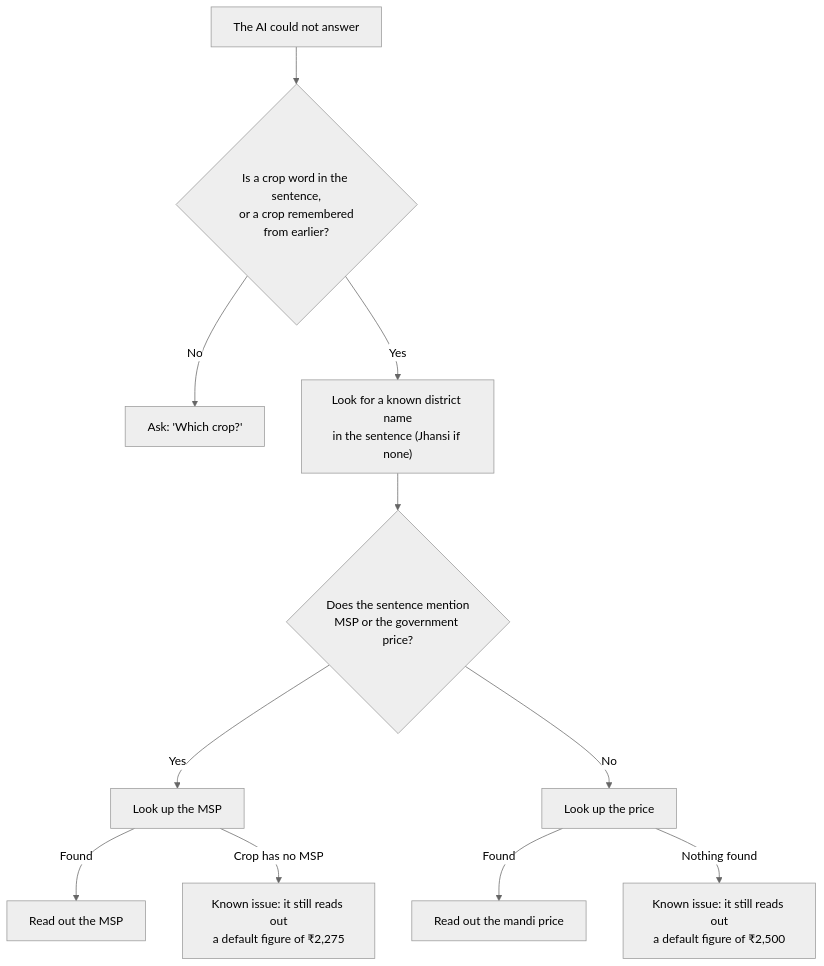
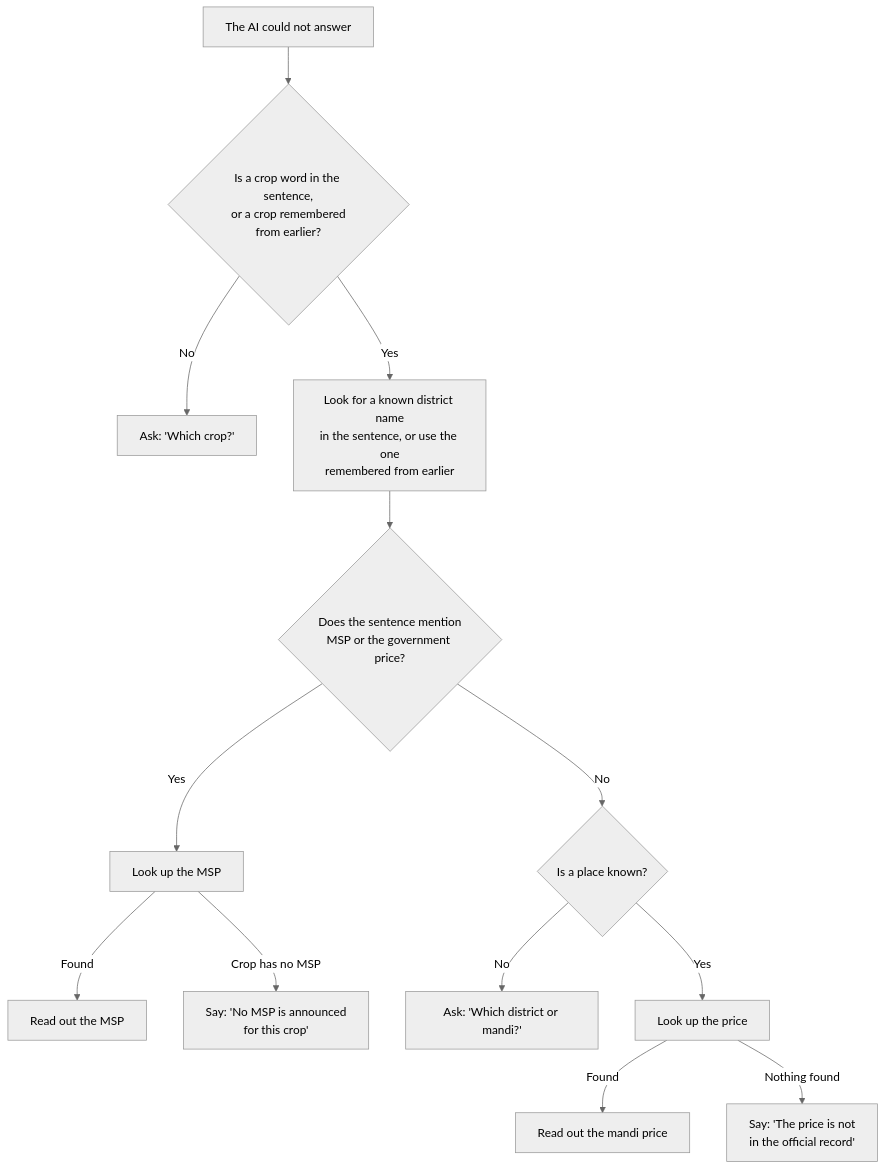
Before and after one commit to adi9336/Agri_Watch: diagram 12 of 15 in README.md, drawn with Mermaid (neutral theme). The commit also changed other lines of this file and 3 other files, not shown here.

````diff
--- a/README.md
+++ b/README.md
@@ -581,13 +581,15 @@
 ```mermaid
 flowchart TD
     A["The AI could not answer"] --> B{"Is a crop word in the sentence,<br/>or a crop remembered<br/>from earlier?"}
     B -- No --> B1["Ask: 'Which crop?'"]
-    B -- Yes --> C["Look for a known district name<br/>in the sentence (Jhansi if none)"]
+    B -- Yes --> C["Look for a known district name<br/>in the sentence, or use the one<br/>remembered from earlier"]
     C --> D{"Does the sentence mention<br/>MSP or the government price?"}
     D -- Yes --> D1["Look up the MSP"]
     D1 -- "Found" --> D3["Read out the MSP"]
-    D1 -- "Crop has no MSP" --> D2["Known issue: it still reads out<br/>a default figure of ₹2,275"]
-    D -- No --> E["Look up the price"]
+    D1 -- "Crop has no MSP" --> D2["Say: 'No MSP is announced<br/>for this crop'"]
+    D -- No --> P{"Is a place known?"}
+    P -- No --> P1["Ask: 'Which district or mandi?'"]
+    P -- Yes --> E["Look up the price"]
     E -- "Found" --> E2["Read out the mandi price"]
-    E -- "Nothing found" --> E1["Known issue: it still reads out<br/>a default figure of ₹2,500"]
+    E -- "Nothing found" --> E1["Say: 'The price is not<br/>in the official record'"]
 ```
````
